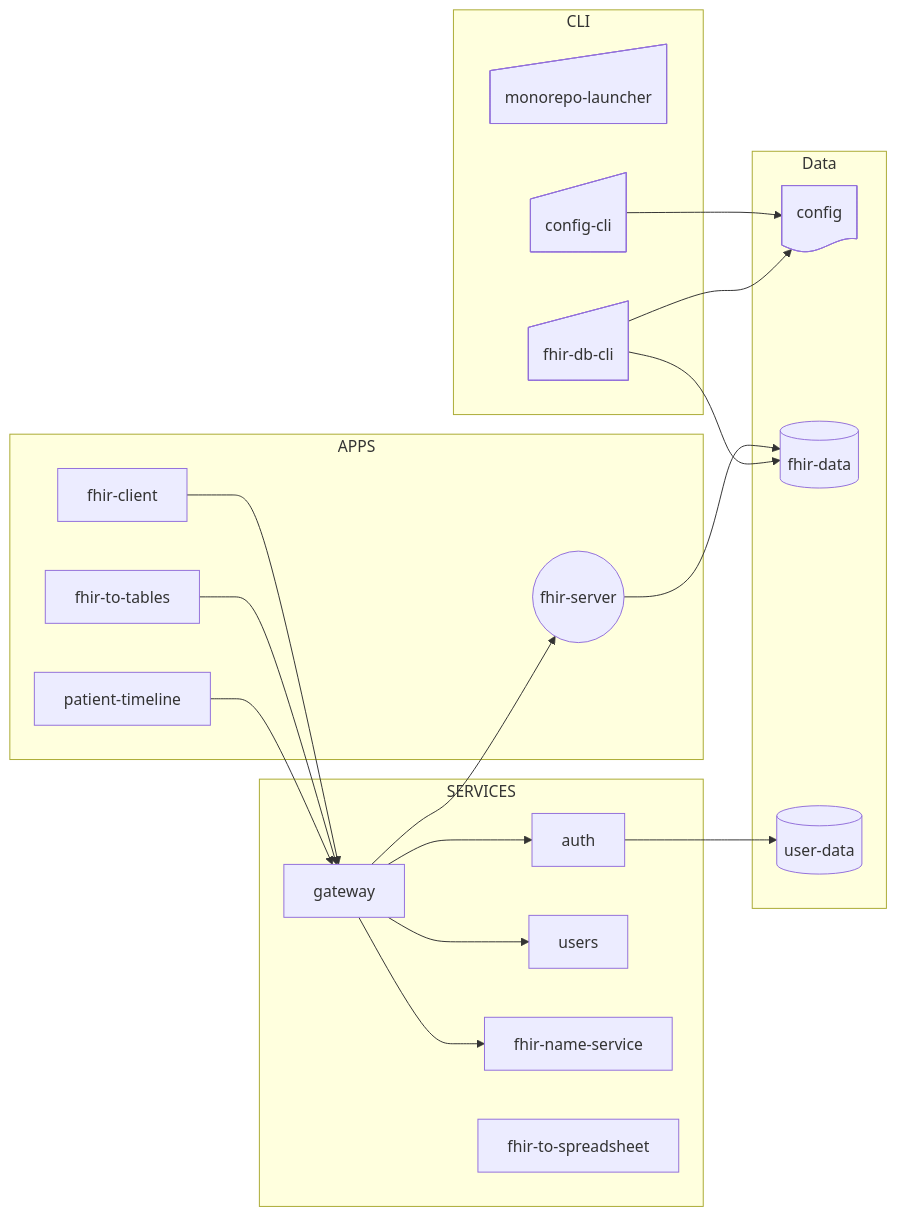
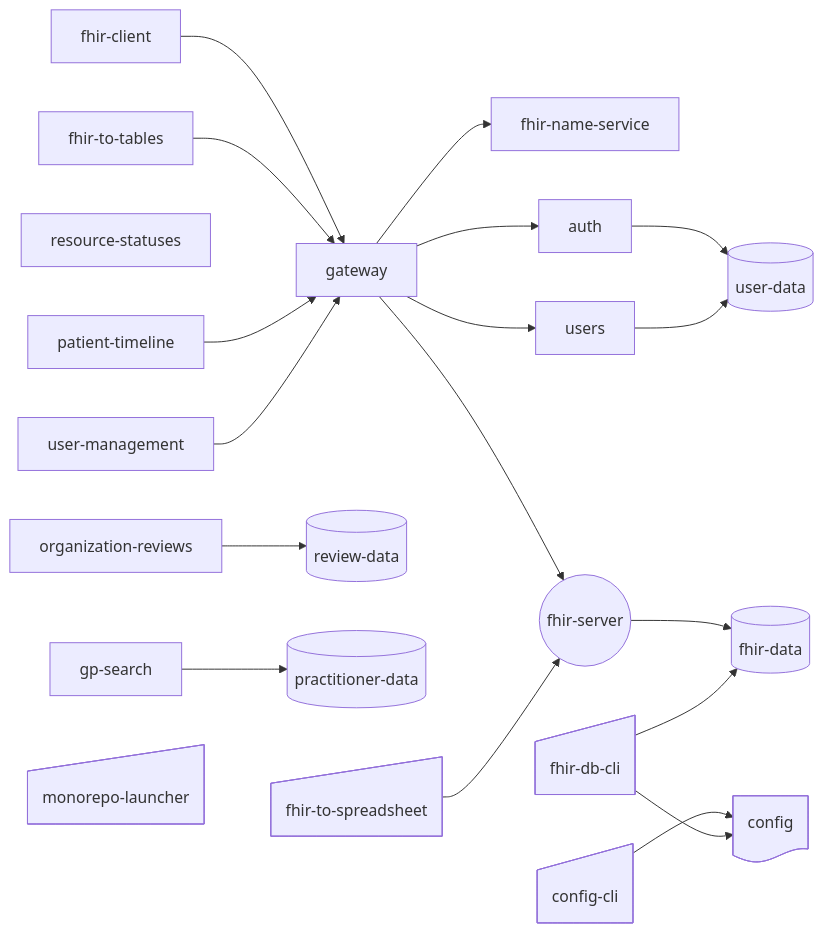
Before and after one commit to willemverbuyst/fhir-placeholder-api: the diagram in README.md, drawn with Mermaid.

Commit message:
chore: reorganize flowchart in README for improved clarity and structure

````diff
--- a/README.md
+++ b/README.md
@@ -33,39 +33,47 @@
 ```mermaid
 flowchart LR
-  subgraph CLI
-    ML@{shape: sl-rect, label: monorepo-launcher}
-    CS@{shape: sl-rect,label: config-cli}
-    FDC@{shape: sl-rect, label: fhir-db-cli}
-  end 
-  subgraph APPS
-    PT[patient-timeline]
-    FC@{shape: rect, label: fhir-client}
-    FTT[fhir-to-tables]
+    FNS[fhir-name-service]
     FS@{shape: circle, label: fhir-server}
-  end
-  subgraph SERVICES
+    PT@{shape: rect, label: patient-timeline}
     A[auth]
     U[users]
     G[gateway]
-    FNS[fhir-name-service]
-    FTS[fhir-to-spreadsheet]
-  end
-  subgraph Data
+  
+    UDB@{shape: cyl, label: user-data}
+    DB@{shape: cyl, label: fhir-data}
+    RDB@{shape: cyl, label: review-data}
+    PDB@{shape: cyl, label: practitioner-data}
+  
+    FTS@{shape: sl-rect, label: fhir-to-spreadsheet}
+    GPS@{shape: rect, label: gp-search}
+    RS@{shape: rect, label: resource-statuses}
+    OR@{shape: rect, label: organization-reviews}
+    FC@{shape: rect, label: fhir-client}
+    FTT@{shape: rect, label: fhir-to-tables}
+    UM@{shape: rect, label: user-management}
+    
+    ML@{shape: sl-rect, label: monorepo-launcher}
+    FDC@{shape: sl-rect, label: fhir-db-cli}
+    CS@{shape: sl-rect,label: config-cli}
     C@{shape: doc, label: config}
-    DB@{shape: cyl, label: fhir-data}
-    UDB@{shape: cyl, label: user-data}
-  end
+  
+  
+  GPS --> PDB
   FS --> DB
   CS --> C
   FDC --> DB
   FDC --> C
   FC --> G
   FTT --> G
   PT --> G
+  UM --> G
   G --> U
   G --> A
   G --> FS
   A --> UDB
+  U --> UDB
+  OR --> RDB
   G --> FNS
+  FTS -->FS
   
 ```
````
